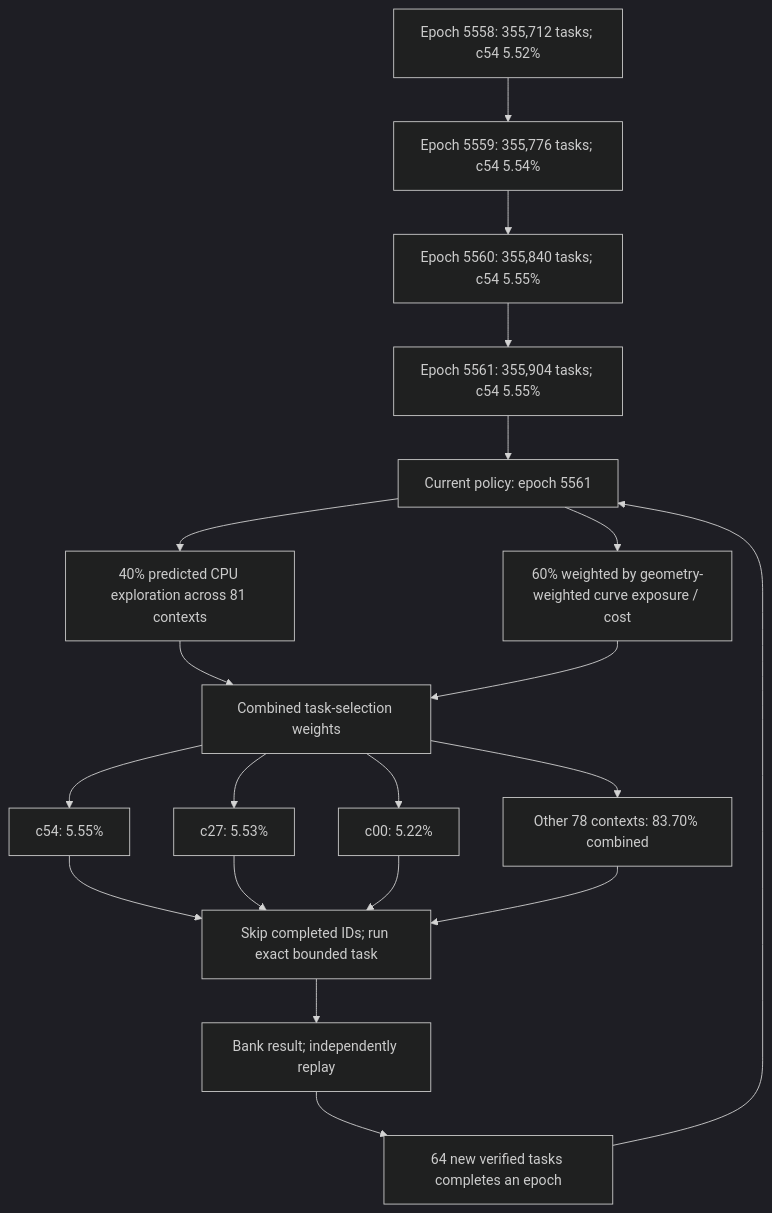
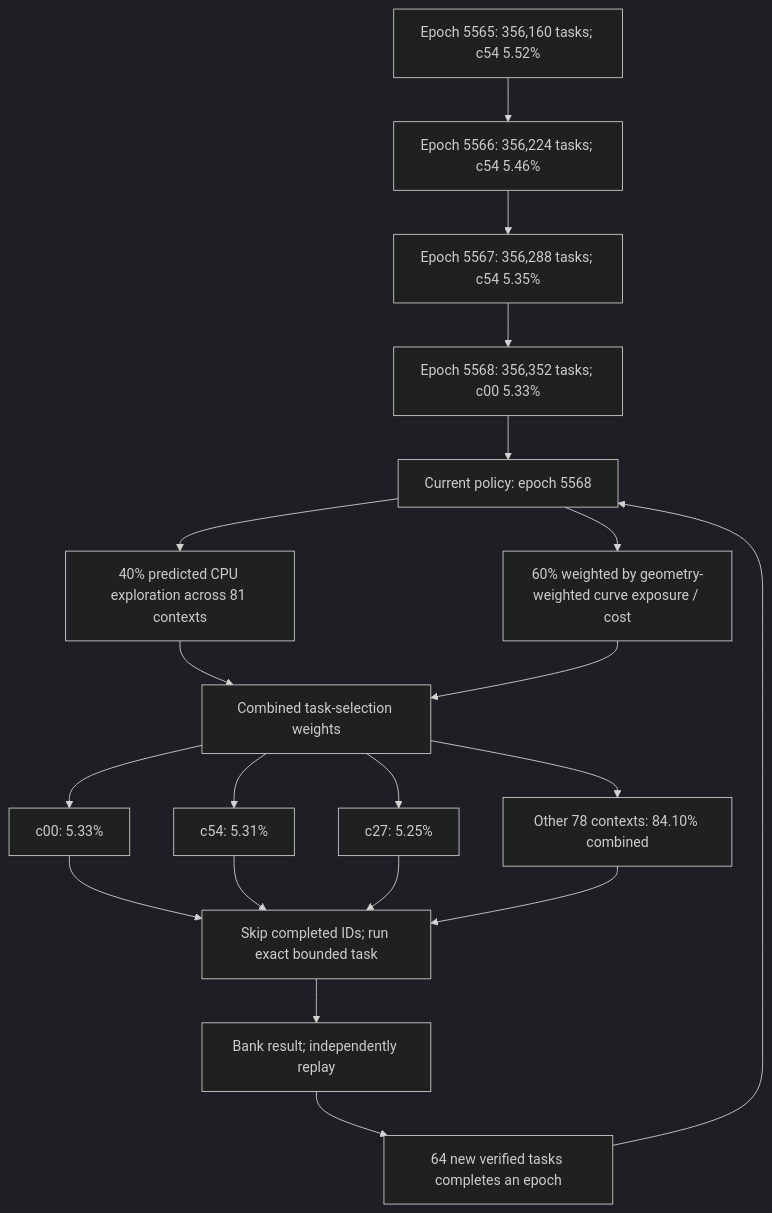
One commit to Kuberwastaken/math-gambling changed the first of 3 diagrams in README.md. Above: the diagram before and after it, drawn with Mermaid (dark theme). The commit also changed other lines of this file and 1303 other files, not shown here.

````diff
--- a/README.md
+++ b/README.md
@@ -60,27 +60,27 @@
 ```mermaid
 flowchart TD
-    H0["Epoch 5558: 355,712 tasks; c54 5.52%"]
-    H1["Epoch 5559: 355,776 tasks; c54 5.54%"]
+    H0["Epoch 5565: 356,160 tasks; c54 5.52%"]
+    H1["Epoch 5566: 356,224 tasks; c54 5.46%"]
     H0 --> H1
-    H2["Epoch 5560: 355,840 tasks; c54 5.55%"]
+    H2["Epoch 5567: 356,288 tasks; c54 5.35%"]
     H1 --> H2
-    H3["Epoch 5561: 355,904 tasks; c54 5.55%"]
+    H3["Epoch 5568: 356,352 tasks; c00 5.33%"]
     H2 --> H3
-    Policy["Current policy: epoch 5561"]
+    Policy["Current policy: epoch 5568"]
     H3 --> Policy
     Policy --> Explore["40% predicted CPU exploration across 81 contexts"]
     Policy --> Cost["60% weighted by geometry-weighted curve exposure / cost"]
     Explore --> Mix["Combined task-selection weights"]
     Cost --> Mix
-    Mix --> C0["c54: 5.55%"]
-    Mix --> C1["c27: 5.53%"]
-    Mix --> C2["c00: 5.22%"]
-    Mix --> Rest["Other 78 contexts: 83.70% combined"]
+    Mix --> C0["c00: 5.33%"]
+    Mix --> C1["c54: 5.31%"]
+    Mix --> C2["c27: 5.25%"]
+    Mix --> Rest["Other 78 contexts: 84.10% combined"]
     C0 --> Check["Skip completed IDs; run exact bounded task"]
     C1 --> Check
     C2 --> Check
     Rest --> Check
     Check --> Replay["Bank result; independently replay"]
     Replay --> Gate["64 new verified tasks completes an epoch"]
     Gate --> Policy
 ```
````
